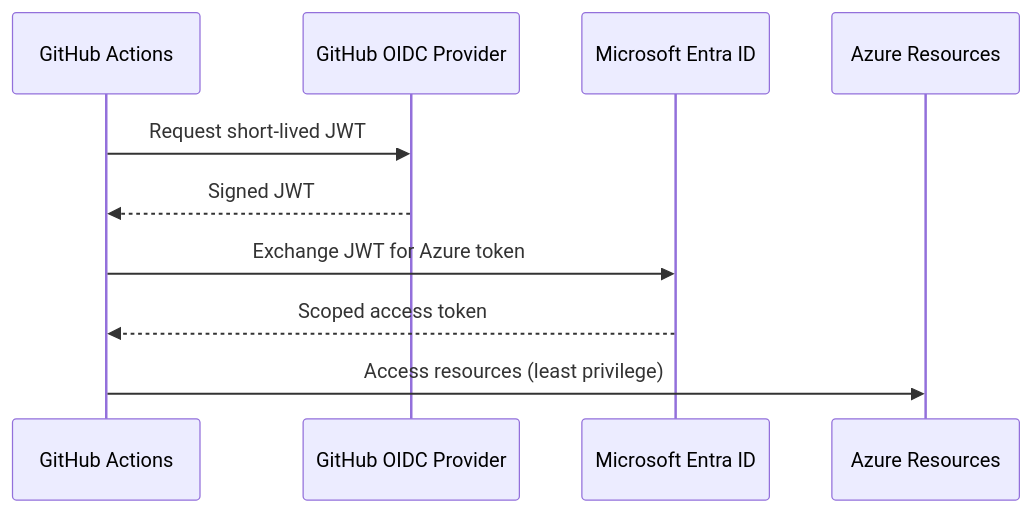
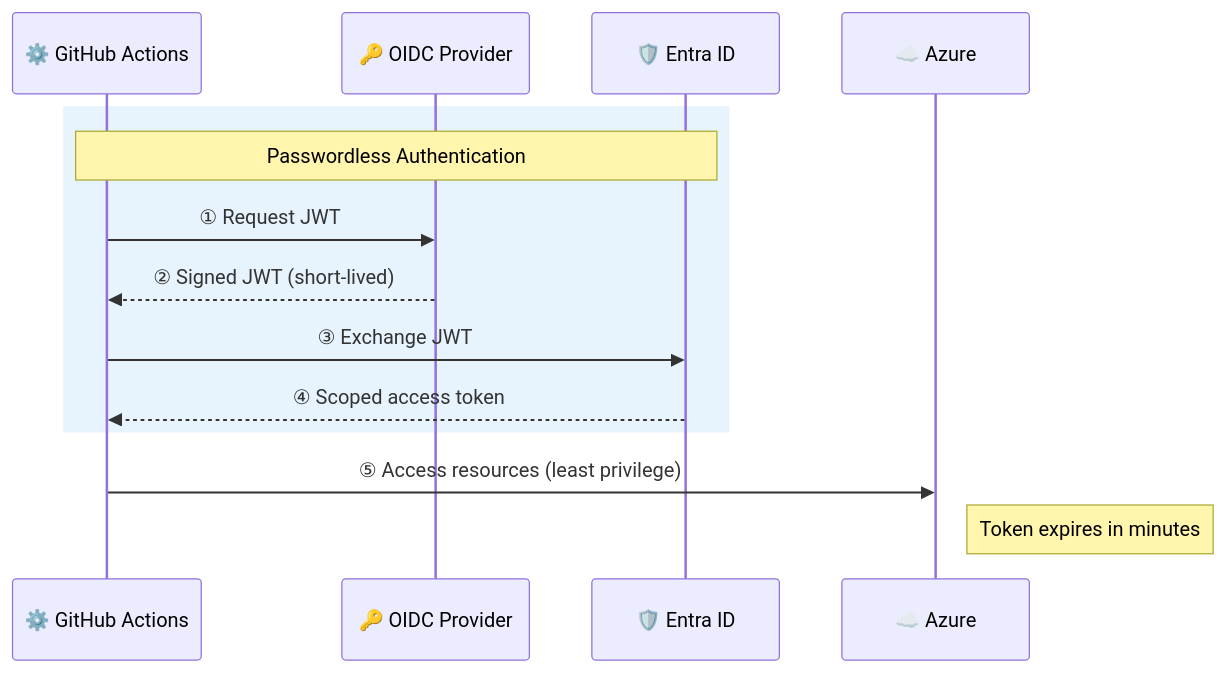
The fourth of 5 diagrams in docs/copilot_report_forge/architecture.md (ks6088ts/template-github-copilot), drawn with Mermaid before and after one commit. The commit also changed other lines of this file and 10 other files, not shown here.

````diff
--- a/docs/copilot_report_forge/architecture.md
+++ b/docs/copilot_report_forge/architecture.md
@@ -145,13 +167,18 @@
 ```mermaid
 sequenceDiagram
-    participant Runner as GitHub Actions
-    participant OIDC as GitHub OIDC Provider
-    participant Entra as Microsoft Entra ID
-    participant Azure as Azure Resources
+    participant GHA as ⚙️ GitHub Actions
+    participant OIDC as 🔑 OIDC Provider
+    participant Entra as 🛡️ Entra ID
+    participant AZ as ☁️ Azure
 
-    Runner->>OIDC: Request short-lived JWT
-    OIDC-->>Runner: Signed JWT
-    Runner->>Entra: Exchange JWT for Azure token
-    Entra-->>Runner: Scoped access token
-    Runner->>Azure: Access resources (least privilege)
+    rect rgb(232, 244, 253)
+        note over GHA,Entra: Passwordless Authentication
+        GHA->>OIDC: ① Request JWT
+        OIDC-->>GHA: ② Signed JWT (short-lived)
+        GHA->>Entra: ③ Exchange JWT
+        Entra-->>GHA: ④ Scoped access token
+    end
+
+    GHA->>AZ: ⑤ Access resources (least privilege)
+    note right of AZ: Token expires in minutes
 ```
````
